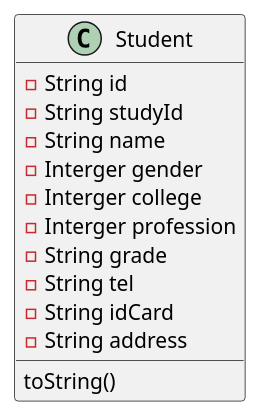
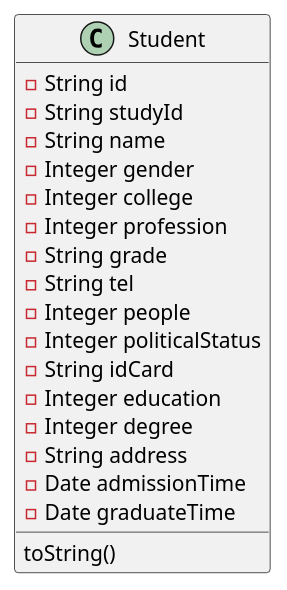
Before and after one commit to lbykang/SmartCampus: the diagram in uml/ClassDiagram/Student.puml, drawn with PlantUML.

Commit message:
学生实体类图  --6

```diff
--- a/uml/ClassDiagram/Student.puml
+++ b/uml/ClassDiagram/Student.puml
@@ -1,15 +1,21 @@
 @startuml
 class Student{
 -String id
 -String studyId
 -String name
--Interger gender
--Interger college
--Interger profession
+-Integer gender
+-Integer college
+-Integer profession
 -String grade
 -String tel
+-Integer people
+-Integer politicalStatus
 -String idCard
+-Integer education
+-Integer degree
 -String address
+-Date admissionTime
+-Date graduateTime
 toString()
 }
 @enduml
```
